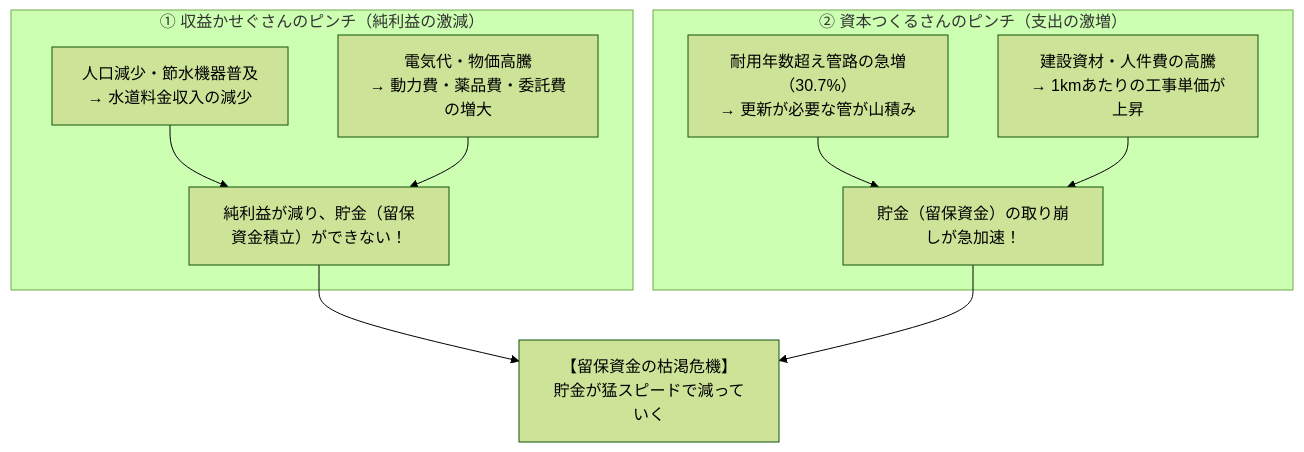
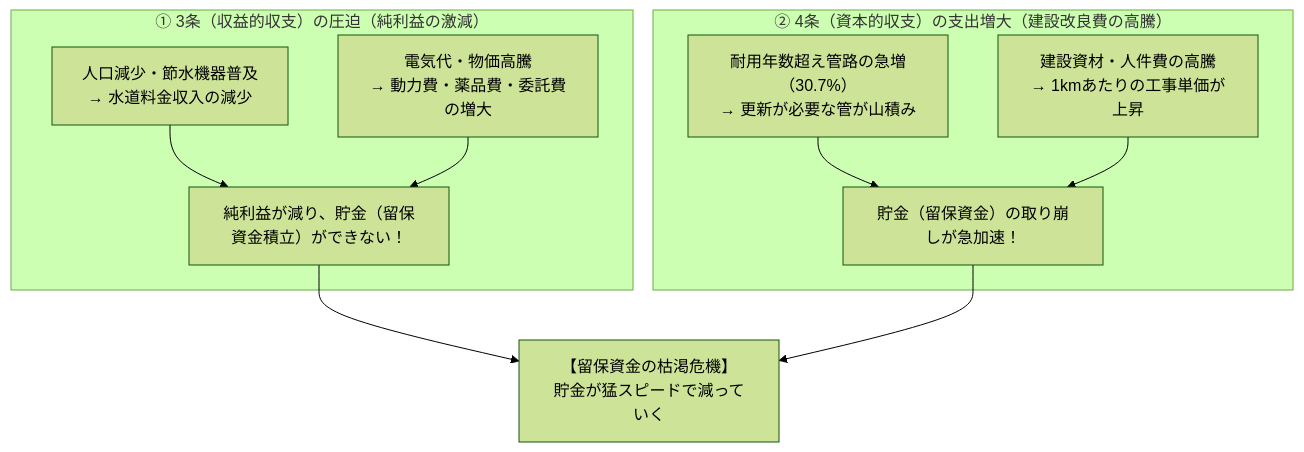
The second of 2 diagrams in QUIZ_reference/kigyokaikei/誰でもわかる水道事業会計_解説まとめ.md (1251kondo-beep/water-quiz), drawn with Mermaid (forest theme) before and after one commit. The commit also changed other lines of this file and 2 other files, not shown here.

````diff
--- a/QUIZ_reference/kigyokaikei/誰でもわかる水道事業会計_解説まとめ.md
+++ b/QUIZ_reference/kigyokaikei/誰でもわかる水道事業会計_解説まとめ.md
@@ -252,16 +252,16 @@
 ```mermaid
 graph TD
-    subgraph 収益の圧迫["① 収益かせぐさんのピンチ（純利益の激減）"]
+    subgraph 収益の圧迫["① 3条（収益的収支）の圧迫（純利益の激減）"]
         A1["人口減少・節水機器普及<br>→ 水道料金収入の減少"]
         A2["電気代・物価高騰<br>→ 動力費・薬品費・委託費の増大"]
         A1 & A2 --> A3["純利益が減り、貯金（留保資金積立）ができない！"]
     end
 
-    subgraph 工事費の高騰["② 資本つくるさんのピンチ（支出の激増）"]
+    subgraph 工事費の高騰["② 4条（資本的収支）の支出増大（建設改良費の高騰）"]
         B1["耐用年数超え管路の急増（30.7%）<br>→ 更新が必要な管が山積み"]
         B2["建設資材・人件費の高騰<br>→ 1kmあたりの工事単価が上昇"]
         B1 & B2 --> B3["貯金（留保資金）の取り崩しが急加速！"]
     end
 
     A3 & B3 --> CRASH["【留保資金の枯渇危機】<br>貯金が猛スピードで減っていく"]
 ```
````
